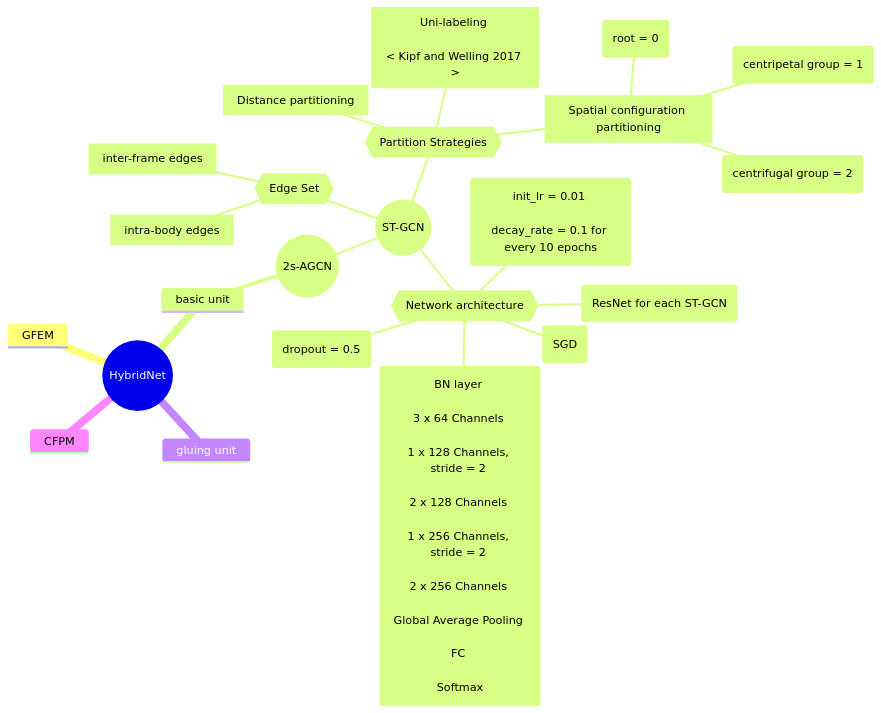
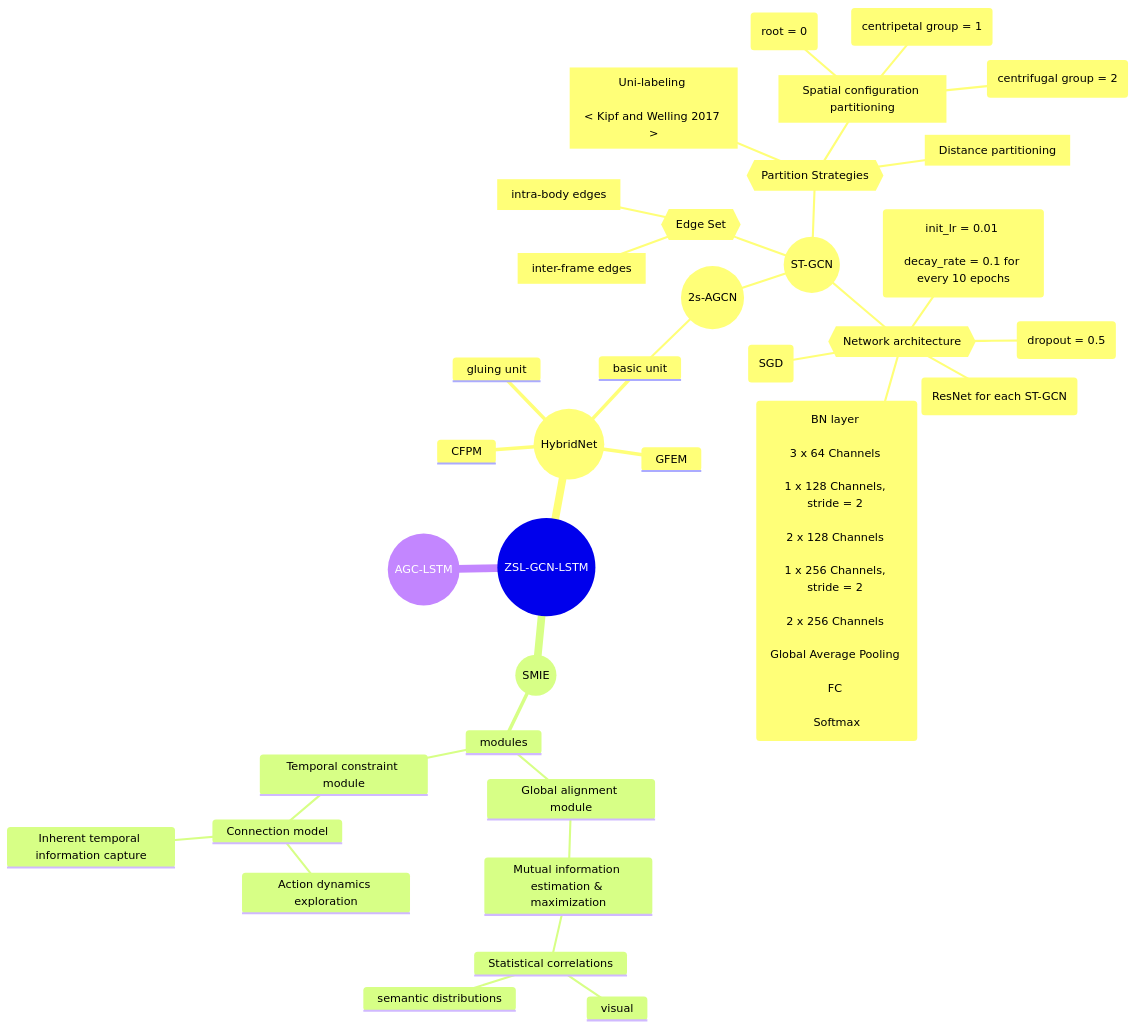
The second of 2 diagrams in README.md (Infin1te2021/ZSL-GCN-LSTM), drawn with Mermaid before and after one commit.

Commit message:
Update mindmap in README.md with node SMIE added

````diff
--- a/README.md
+++ b/README.md
@@ -66,36 +66,49 @@
 ```mermaid
 mindmap
-  root((HybridNet))
-    GFEM
-    basic unit
-      A((2s-AGCN))
-        B((ST-GCN))
-          {{Edge Set}}
-            [intra-body edges]
-            [inter-frame edges]
-          {{Partition Strategies}}
-            [Uni-labeling <br/>
-            < Kipf and Welling 2017 >]
-            [Distance partitioning]
-            [Spatial configuration partitioning]
-              (root = 0)
-              (centripetal group = 1)
-              (centrifugal group = 2)
-          {{Network architecture}}
-            (dropout = 0.5)
-            (BN layer <br/>
-            3 x 64 Channels <br/>
-            1 x 128 Channels, stride = 2 <br/>
-            2 x 128 Channels <br/>
-            1 x 256 Channels, stride = 2 <br/>
-            2 x 256 Channels <br/>
-            Global Average Pooling <br/>
-            FC <br/>
-            Softmax)
-            (ResNet for each ST-GCN)
-            (SGD)
-            (init_lr = 0.01 <br/>
-            decay_rate = 0.1 for every 10 epochs)
-    gluing unit
-    CFPM
+  root((ZSL-GCN-LSTM))
+    ((HybridNet))
+      GFEM
+      basic unit
+        ((2s-AGCN))
+          ((ST-GCN))
+            {{Edge Set}}
+              [intra-body edges]
+              [inter-frame edges]
+            {{Partition Strategies}}
+              [Uni-labeling <br/>
+              < Kipf and Welling 2017 >]
+              [Distance partitioning]
+              [Spatial configuration partitioning]
+                (root = 0)
+                (centripetal group = 1)
+                (centrifugal group = 2)
+            {{Network architecture}}
+              (dropout = 0.5)
+              (BN layer <br/>
+              3 x 64 Channels <br/>
+              1 x 128 Channels, stride = 2 <br/>
+              2 x 128 Channels <br/>
+              1 x 256 Channels, stride = 2 <br/>
+              2 x 256 Channels <br/>
+              Global Average Pooling <br/>
+              FC <br/>
+              Softmax)
+              (ResNet for each ST-GCN)
+              (SGD)
+              (init_lr = 0.01 <br/>
+              decay_rate = 0.1 for every 10 epochs)
+      gluing unit
+      CFPM
+    ((SMIE))
+      modules
+        Global alignment module
+          Mutual information estimation & maximization
+            Statistical correlations
+              visual
+              semantic distributions
+        Temporal constraint module
+          Connection model
+            Action dynamics exploration
+            Inherent temporal information capture
+    ((AGC-LSTM))
 ```
````
